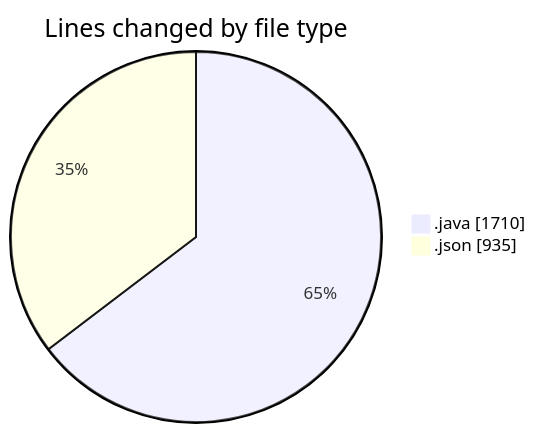
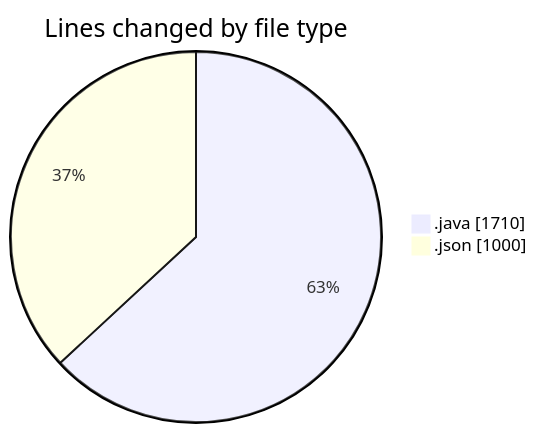
The first of 2 diagrams in 2026-03-17/cilapp/README.md (ricardozamudiocil/code-tracking), drawn with Mermaid before and after one commit. The commit also changed other lines of this file and 1 other file, not shown here.

````diff
--- a/2026-03-17/cilapp/README.md
+++ b/2026-03-17/cilapp/README.md
@@ -24,6 +24,6 @@
 ```mermaid
 pie showData
 title Lines changed by file type
 ".java" : 1710
-".json" : 935
+".json" : 1000
 ```
````
